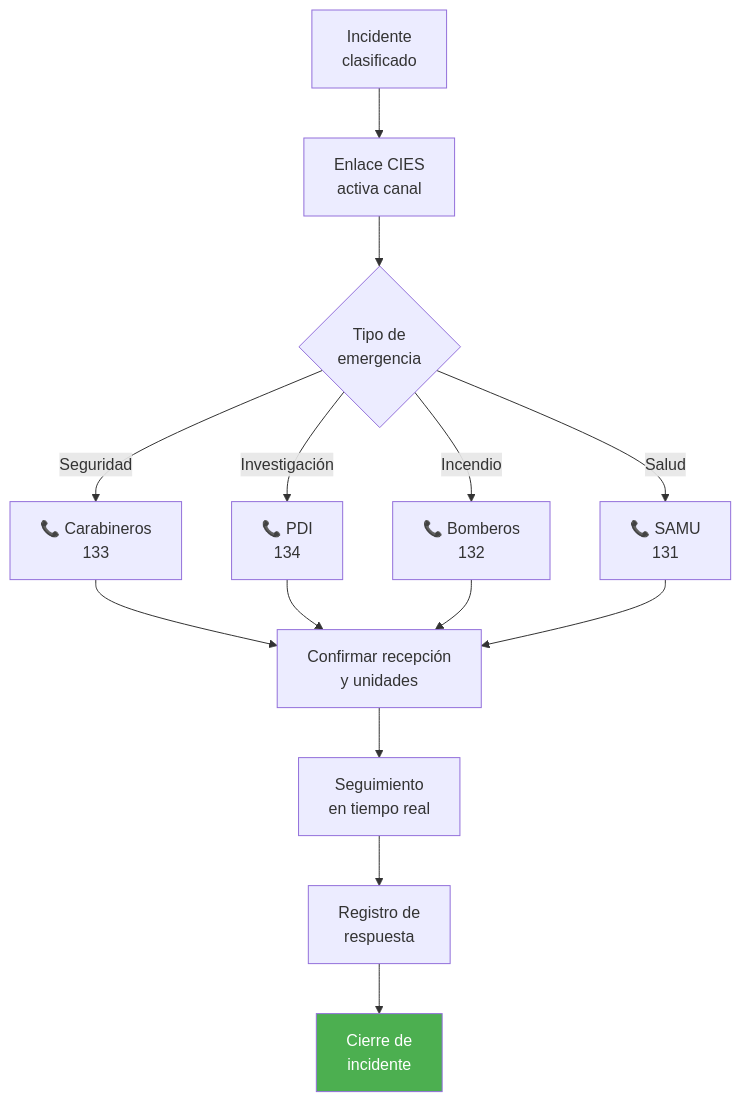
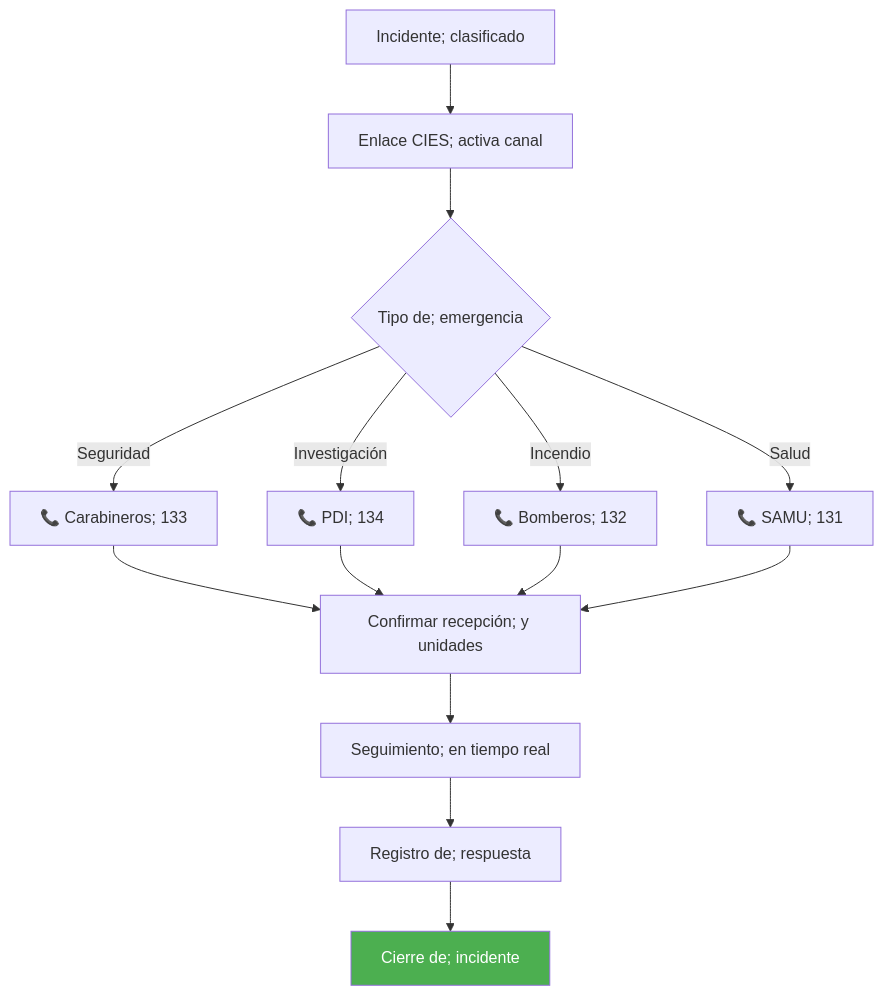
Before and after one commit to felix-antonio-sl/kora: the third of 8 diagrams in drafts/gn/bpmn/bpmn-d09-cies-sitia.md, drawn with Mermaid. The commit also changed other lines of this file and 265 other files, not shown here.

````diff
--- a/drafts/gn/bpmn/bpmn-d09-cies-sitia.md
+++ b/drafts/gn/bpmn/bpmn-d09-cies-sitia.md
@@ -147,14 +161,17 @@
 ```mermaid
 flowchart TD
-    A["Incidente<br/>clasificado"] --> B["Enlace CIES<br/>activa canal"]
-    B --> C{"Tipo de<br/>emergencia"}
-    C -->|"Seguridad"| D["📞 Carabineros<br/>133"]
-    C -->|"Investigación"| E["📞 PDI<br/>134"]
-    C -->|"Incendio"| F["📞 Bomberos<br/>132"]
-    C -->|"Salud"| G["📞 SAMU<br/>131"]
-    D & E & F & G --> H["Confirmar recepción<br/>y unidades"]
-    H --> I["Seguimiento<br/>en tiempo real"]
-    I --> J["Registro de<br/>respuesta"]
-    J --> K["Cierre de<br/>incidente"]
-    style K fill:#4CAF50,color:#fff
+ A["Incidente; clasificado"] --> B["Enlace CIES; activa canal"]
+ B --> C{"Tipo de; emergencia"}
+ 
+ C -->|"Seguridad"| D["📞 Carabineros; 133"]
+ C -->|"Investigación"| E["📞 PDI; 134"]
+ C -->|"Incendio"| F["📞 Bomberos; 132"]
+ C -->|"Salud"| G["📞 SAMU; 131"]
+ 
+ D & E & F & G --> H["Confirmar recepción; y unidades"]
+ H --> I["Seguimiento; en tiempo real"]
+ I --> J["Registro de; respuesta"]
+ J --> K["Cierre de; incidente"]
+
+ style K fill:#4CAF50,color:#fff
 ```
````
